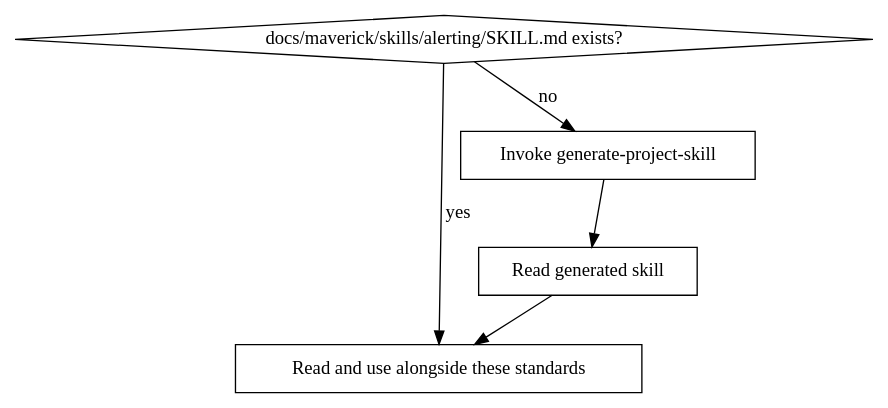
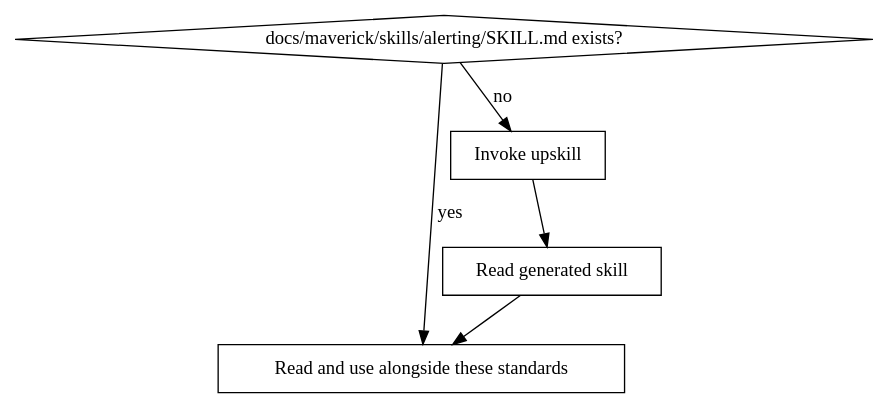
The diagram in skills/alerting-bestpractice/SKILL.md (thermiteau/maverick-private), drawn with Graphviz before and after one commit. The commit also changed other lines of this file and 10 other files, not shown here.

````diff
--- a/skills/alerting-bestpractice/SKILL.md
+++ b/skills/alerting-bestpractice/SKILL.md
@@ -24,13 +24,13 @@
 ```dot
 digraph lookup {
     "docs/maverick/skills/alerting/SKILL.md exists?" [shape=diamond];
     "Read and use alongside these standards" [shape=box];
-    "Invoke generate-project-skill" [shape=box];
+    "Invoke upskill" [shape=box];
     "Read generated skill" [shape=box];
 
     "docs/maverick/skills/alerting/SKILL.md exists?" -> "Read and use alongside these standards" [label="yes"];
-    "docs/maverick/skills/alerting/SKILL.md exists?" -> "Invoke generate-project-skill" [label="no"];
-    "Invoke generate-project-skill" -> "Read generated skill";
+    "docs/maverick/skills/alerting/SKILL.md exists?" -> "Invoke upskill" [label="no"];
+    "Invoke upskill" -> "Read generated skill";
     "Read generated skill" -> "Read and use alongside these standards";
 }
 ```
````
